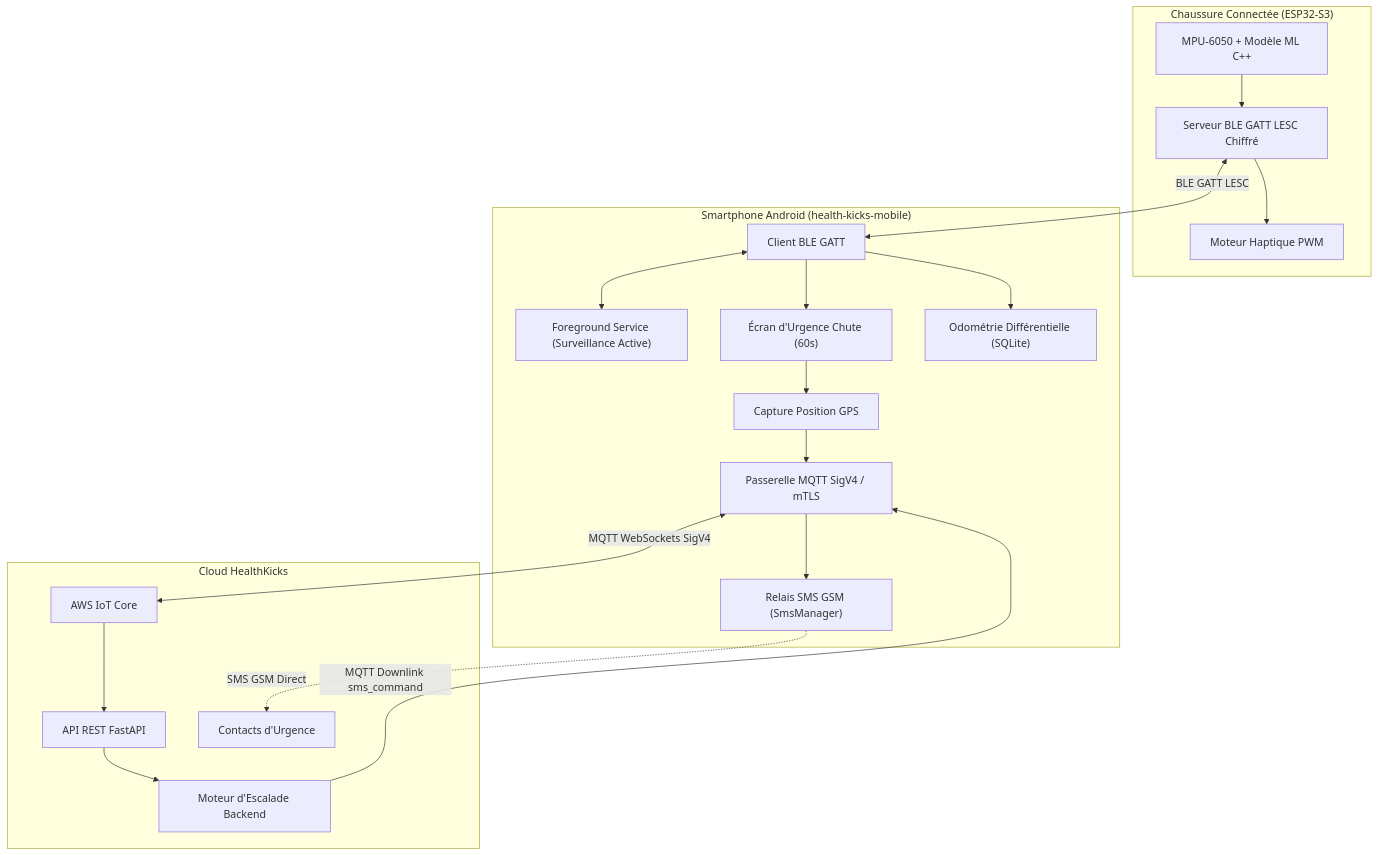
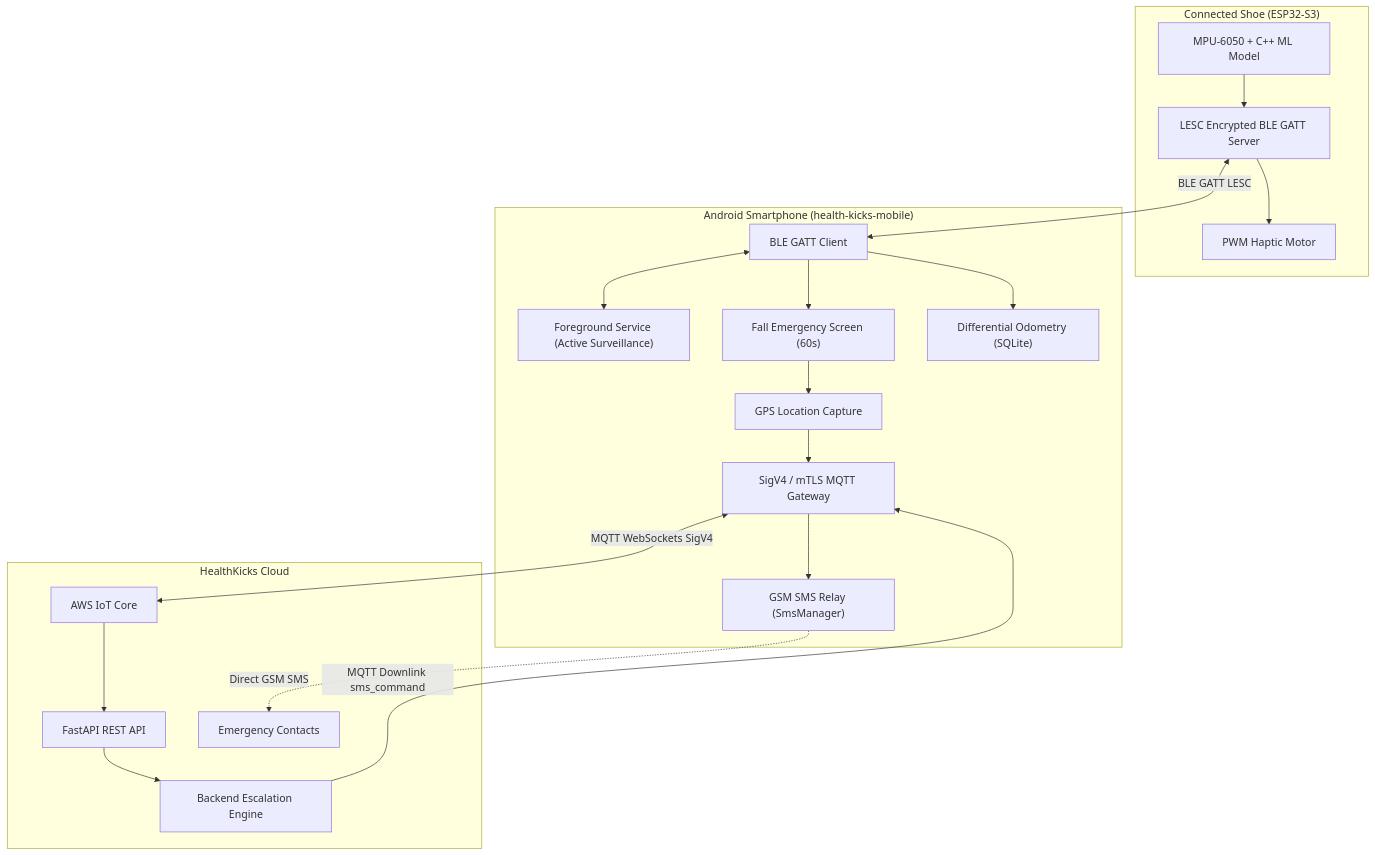
Before and after one commit to daverck/health-kicks-mobile: the diagram in README.md, drawn with Mermaid. The commit also changed other lines of this file and 3 other files, not shown here.

````diff
--- a/README.md
+++ b/README.md
@@ -11,40 +11,40 @@
 ```mermaid
 flowchart TD
-    subgraph Footwear["Chaussure Connectée (ESP32-S3)"]
-        IMU["MPU-6050 + Modèle ML C++"]
-        BLEServer["Serveur BLE GATT LESC Chiffré"]
-        HapticMotor["Moteur Haptique PWM"]
+    subgraph Footwear["Connected Shoe (ESP32-S3)"]
+        IMU["MPU-6050 + C++ ML Model"]
+        BLEServer["LESC Encrypted BLE GATT Server"]
+        HapticMotor["PWM Haptic Motor"]
         IMU --> BLEServer
         BLEServer --> HapticMotor
     end
 
-    subgraph Mobile["Smartphone Android (health-kicks-mobile)"]
-        FGS["Foreground Service (Surveillance Active)"]
-        BLEClient["Client BLE GATT"]
-        FallUI["Écran d'Urgence Chute (60s)"]
-        GPS["Capture Position GPS"]
-        SMSWorker["Relais SMS GSM (SmsManager)"]
-        Odo["Odométrie Différentielle (SQLite)"]
-        MQTTGW["Passerelle MQTT SigV4 / mTLS"]
+    subgraph Mobile["Android Smartphone (health-kicks-mobile)"]
+        FGS["Foreground Service (Active Surveillance)"]
+        BLEClient["BLE GATT Client"]
+        FallUI["Fall Emergency Screen (60s)"]
+        GPS["GPS Location Capture"]
+        SMSWorker["GSM SMS Relay (SmsManager)"]
+        Odo["Differential Odometry (SQLite)"]
+        MQTTGW["SigV4 / mTLS MQTT Gateway"]
 
         BLEClient <--> FGS
         BLEClient --> FallUI
         FallUI --> GPS
         GPS --> MQTTGW
         MQTTGW --> SMSWorker
         BLEClient --> Odo
     end
 
-    subgraph Cloud["Cloud HealthKicks"]
+    subgraph Cloud["HealthKicks Cloud"]
         IoTCore["AWS IoT Core"]
-        FastAPI["API REST FastAPI"]
-        Escalation["Moteur d'Escalade Backend"]
-        SMSWorker -.->|SMS GSM Direct| Contacts["Contacts d'Urgence"]
+        FastAPI["FastAPI REST API"]
+        Escalation["Backend Escalation Engine"]
+        SMSWorker -.->|Direct GSM SMS| Contacts["Emergency Contacts"]
     end
 
     BLEServer <-->|BLE GATT LESC| BLEClient
     MQTTGW <-->|MQTT WebSockets SigV4| IoTCore
     IoTCore --> FastAPI
     FastAPI --> Escalation
     Escalation -->|MQTT Downlink sms_command| MQTTGW
 ```
````
